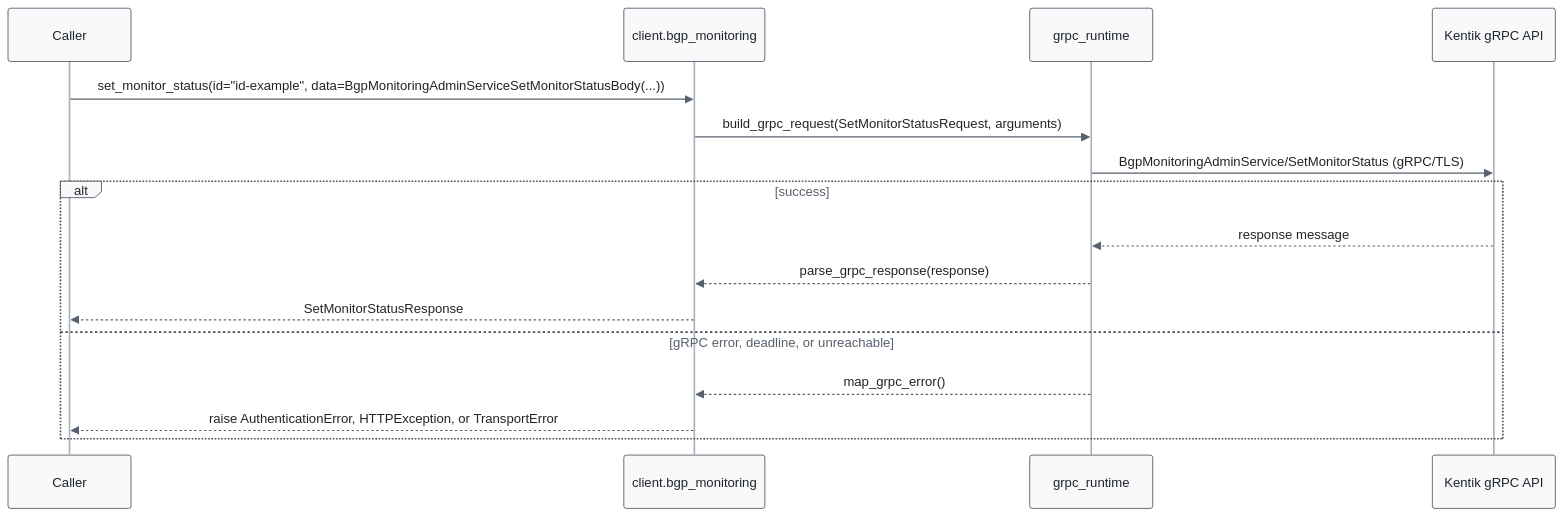
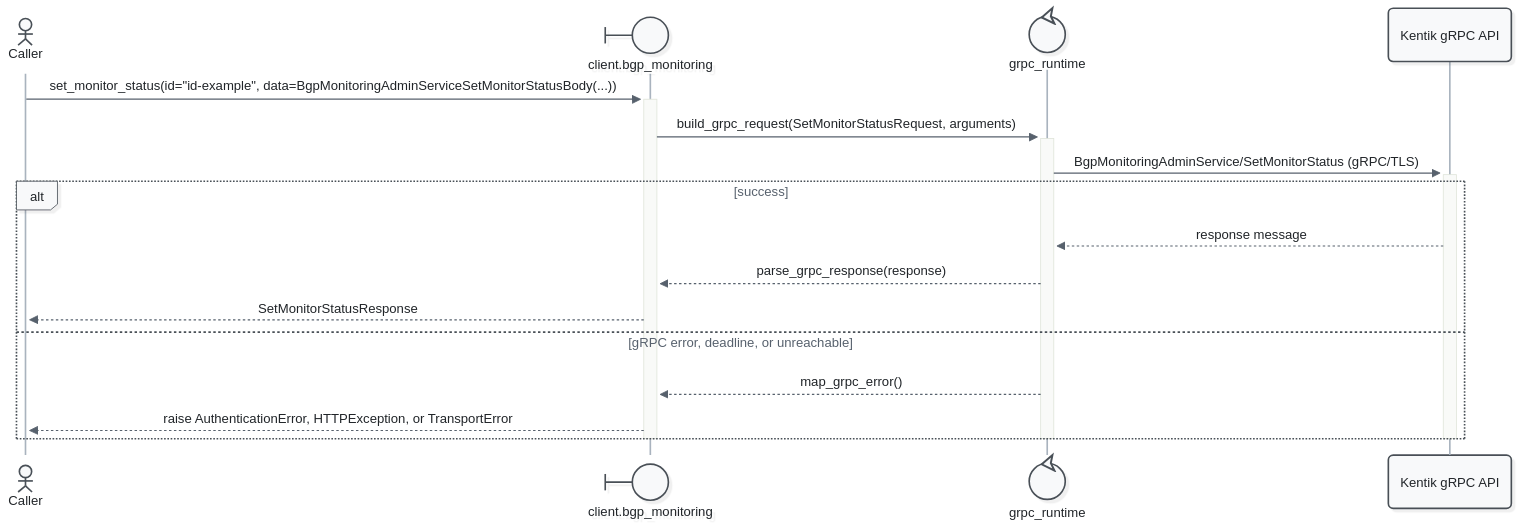
Diagram 16 of 17 in docs/sphinx/services/bgp_monitoring.md (alexdearaujo/community_sdk_python), drawn with Mermaid before and after one commit. The commit also changed other lines of this file and 52 other files, not shown here.

First line of the commit message:
docs: Mermaid 12 sequence diagrams with participant types and path colors

````diff
--- a/docs/sphinx/services/bgp_monitoring.md
+++ b/docs/sphinx/services/bgp_monitoring.md
@@ -603,20 +640,23 @@
 ```mermaid
-%%{init: {"theme": "base", "fontFamily": "ui-monospace, SFMono-Regular, Menlo, monospace", "themeVariables": {"fontFamily": "ui-monospace, SFMono-Regular, Menlo, monospace", "primaryColor": "#f8f9fa", "primaryBorderColor": "#495057", "primaryTextColor": "#212529", "textColor": "#212529", "lineColor": "#77818c", "edgeLabelBackground": "#ffffff", "actorBkg": "#f8f9fa", "actorBorder": "#495057", "actorTextColor": "#212529", "actorLineColor": "#a9b3be", "signalColor": "#57616d", "signalTextColor": "#212529", "labelBoxBkgColor": "#f8f9fa", "labelBoxBorderColor": "#495057", "labelTextColor": "#212529", "loopTextColor": "#57616d", "noteBkgColor": "#fff9db", "noteBorderColor": "#f08c00", "noteTextColor": "#a35a00"}, "flowchart": {"curve": "step", "nodeSpacing": 30, "rankSpacing": 70, "wrappingWidth": 400}}}%%
+%%{init: {"theme": "redux", "look": "neo", "layout": "dagre", "fontFamily": "ui-monospace, SFMono-Regular, Menlo, monospace", "themeVariables": {"fontFamily": "ui-monospace, SFMono-Regular, Menlo, monospace", "primaryColor": "#f8f9fa", "primaryBorderColor": "#495057", "primaryTextColor": "#212529", "textColor": "#212529", "lineColor": "#77818c", "edgeLabelBackground": "#ffffff", "actorBkg": "#f8f9fa", "actorBorder": "#495057", "actorTextColor": "#212529", "actorLineColor": "#a9b3be", "signalColor": "#57616d", "signalTextColor": "#212529", "labelBoxBkgColor": "#f8f9fa", "labelBoxBorderColor": "#495057", "labelTextColor": "#212529", "loopTextColor": "#57616d", "noteBkgColor": "#fff9db", "noteBorderColor": "#f08c00", "noteTextColor": "#a35a00"}, "sequence": {"activationWidth": 16}, "flowchart": {"curve": "step", "nodeSpacing": 30, "rankSpacing": 70, "wrappingWidth": 400}}}%%
 sequenceDiagram
-    participant C as Caller
-    participant W as client.bgp_monitoring
-    participant R as grpc_runtime
+    actor C as Caller
+    participant W@{ "type": "boundary" } as client.bgp_monitoring
+    participant R@{ "type": "control" } as grpc_runtime
     participant API as Kentik gRPC API
 
-    C->>W: set_monitor_status(id="id-example", data=BgpMonitoringAdminServiceSetMonitorStatusBody(...))
-    W->>R: build_grpc_request(SetMonitorStatusRequest, arguments)
-    R->>API: BgpMonitoringAdminService/SetMonitorStatus (gRPC/TLS)
+    C->>+W: set_monitor_status(id="id-example", data=BgpMonitoringAdminServiceSetMonitorStatusBody(...))
+    W->>+R: build_grpc_request(SetMonitorStatusRequest, arguments)
+    R->>+API: BgpMonitoringAdminService/SetMonitorStatus (gRPC/TLS)
     alt success
         API-->>R: response message
         R-->>W: parse_grpc_response(response)
         W-->>C: SetMonitorStatusResponse
     else gRPC error, deadline, or unreachable
         R-->>W: map_grpc_error()
         W-->>C: raise AuthenticationError, HTTPException, or TransportError
     end
+    deactivate API
+    deactivate R
+    deactivate W
 ```
````
